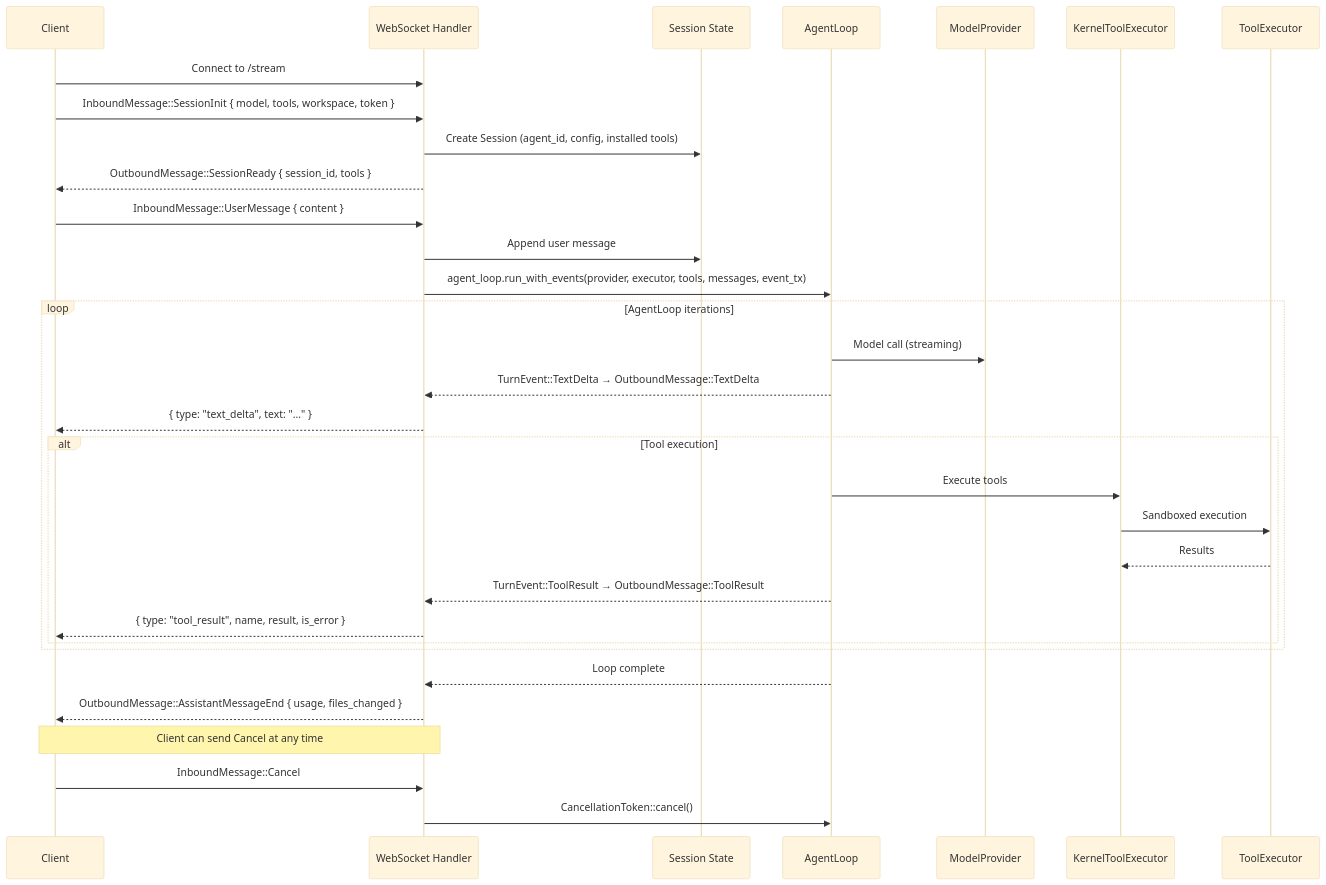
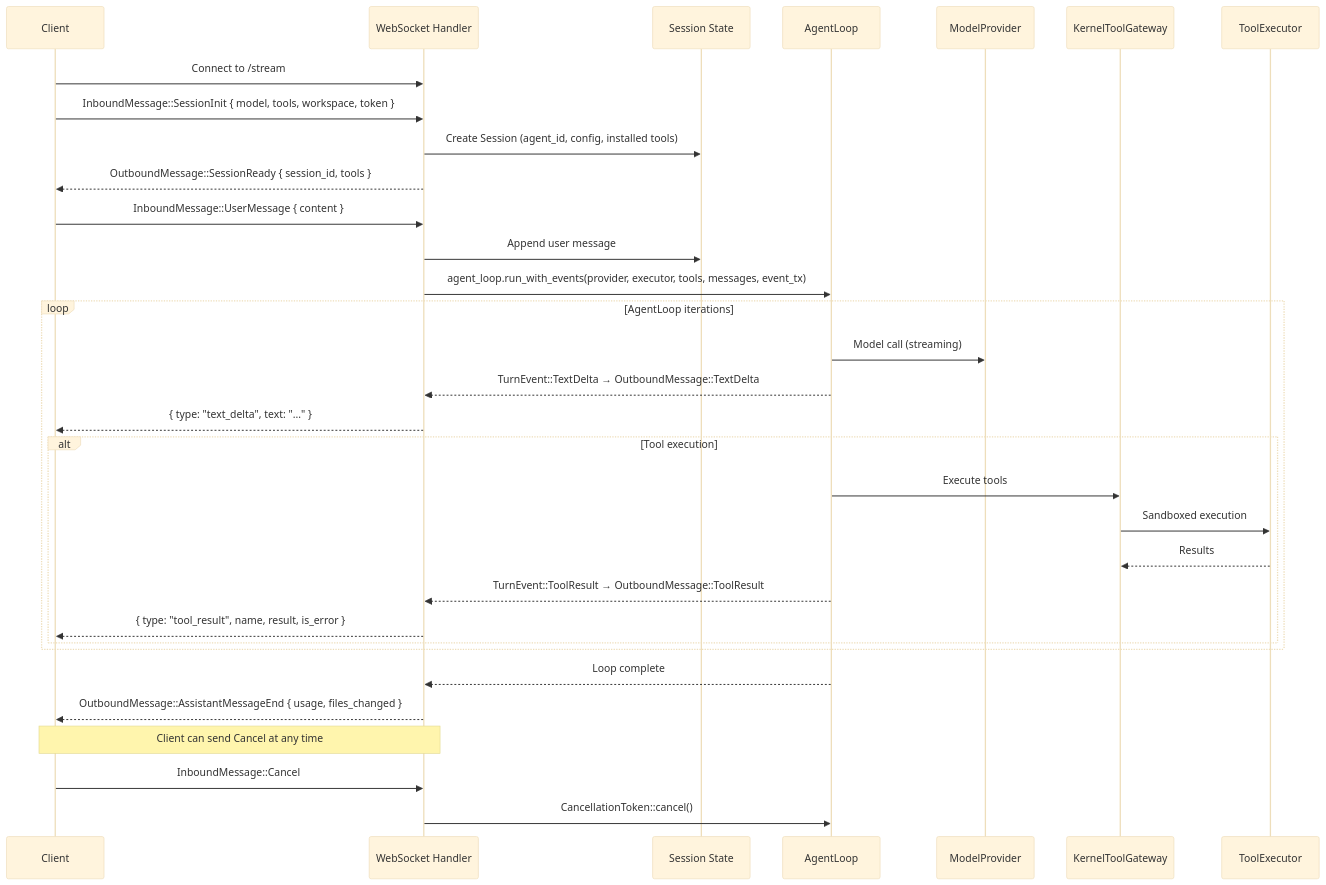
Before and after one commit to cypher-asi/aura-harness: the fifth of 9 diagrams in docs/architecture.md, drawn with Mermaid (base theme). The commit also changed other lines of this file and 3 other files, not shown here.

First line of the commit message:
docs: update architecture, README, and add invariants doc

````diff
--- a/docs/architecture.md
+++ b/docs/architecture.md
@@ -529,40 +664,40 @@
 ```mermaid
 sequenceDiagram
     participant Client
     participant WS as WebSocket Handler
     participant Sess as Session State
     participant AL as AgentLoop
     participant MP as ModelProvider
-    participant KTE as KernelToolExecutor
+    participant KTG as KernelToolGateway
     participant Tools as ToolExecutor
 
     Client->>WS: Connect to /stream
     Client->>WS: InboundMessage::SessionInit { model, tools, workspace, token }
     WS->>Sess: Create Session (agent_id, config, installed tools)
     WS-->>Client: OutboundMessage::SessionReady { session_id, tools }
 
     Client->>WS: InboundMessage::UserMessage { content }
     WS->>Sess: Append user message
     WS->>AL: agent_loop.run_with_events(provider, executor, tools, messages, event_tx)
 
     loop AgentLoop iterations
         AL->>MP: Model call (streaming)
         AL-->>WS: TurnEvent::TextDelta → OutboundMessage::TextDelta
         WS-->>Client: { type: "text_delta", text: "..." }
 
         alt Tool execution
-            AL->>KTE: Execute tools
-            KTE->>Tools: Sandboxed execution
-            Tools-->>KTE: Results
+            AL->>KTG: Execute tools
+            KTG->>Tools: Sandboxed execution
+            Tools-->>KTG: Results
             AL-->>WS: TurnEvent::ToolResult → OutboundMessage::ToolResult
             WS-->>Client: { type: "tool_result", name, result, is_error }
         end
     end
 
     AL-->>WS: Loop complete
     WS-->>Client: OutboundMessage::AssistantMessageEnd { usage, files_changed }
 
     Note over Client,WS: Client can send Cancel at any time
     Client->>WS: InboundMessage::Cancel
     WS->>AL: CancellationToken::cancel()
 ```
````
